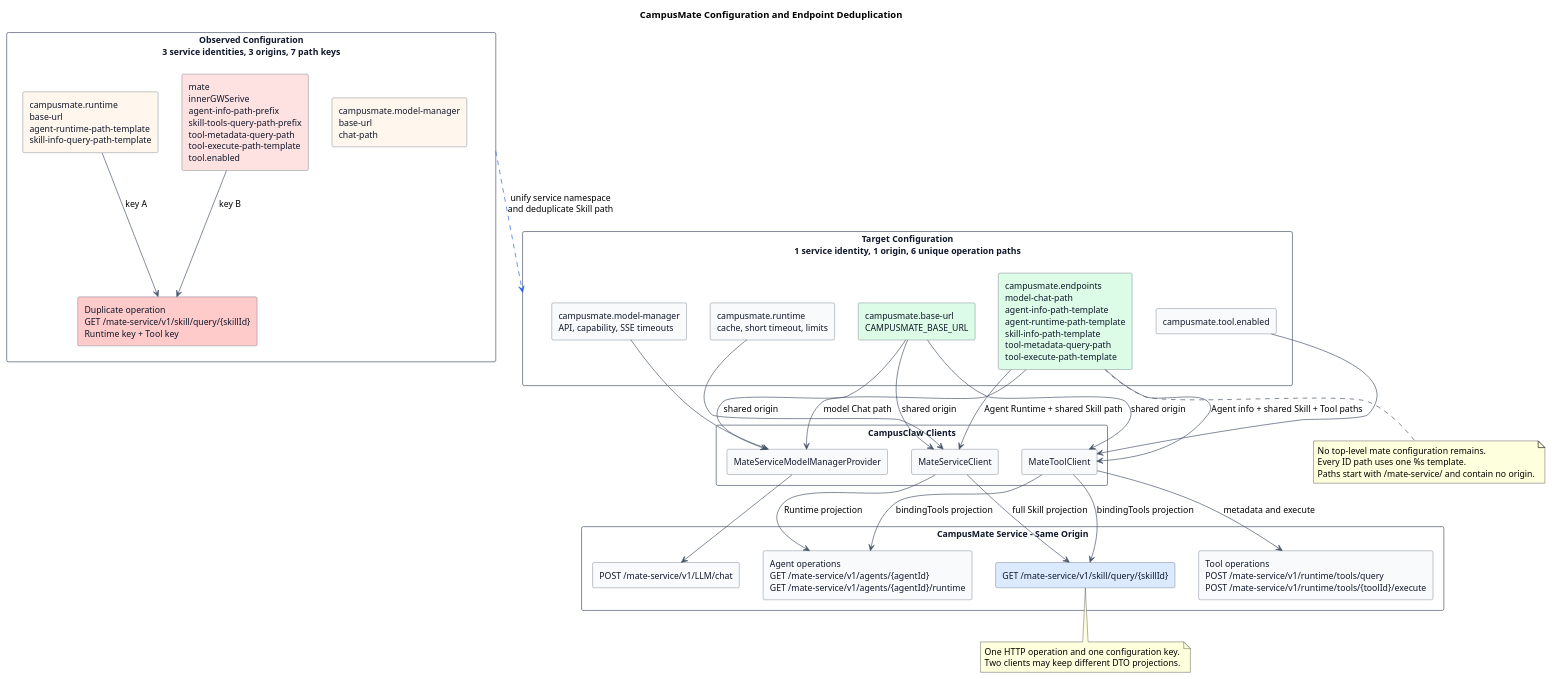
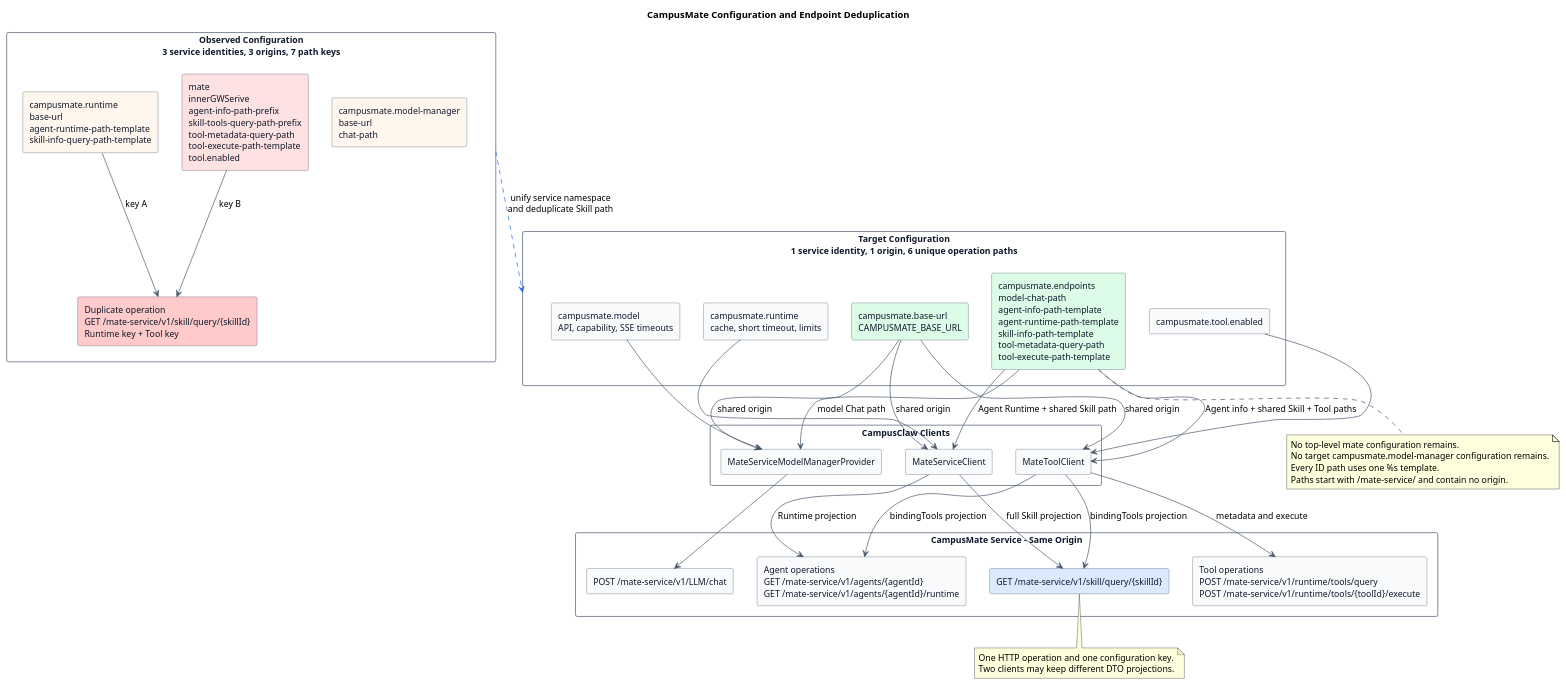
The diagram in campusmate-shared-client-configuration/diagram.puml (ssm0808/pi-mono-java-design), drawn with PlantUML before and after one commit. The commit also changed 8 other files, not shown here.

```diff
--- a/campusmate-shared-client-configuration/diagram.puml
+++ b/campusmate-shared-client-configuration/diagram.puml
@@ -1,97 +1,99 @@
 @startuml campusmate_shared_base_url_configuration
 title CampusMate Configuration and Endpoint Deduplication
 
 ' Source evidence:
 ' pi-mono-java modules/coding-agent-cli/src/main/resources/application.yml:89-140
 ' pi-mono-java modules/ai/src/main/java/com/campusclaw/ai/provider/mate/MateServiceModelManagerProvider.java:68-76 and eventFlux
 ' pi-mono-java modules/coding-agent-cli/src/main/java/com/campusclaw/codingagent/runtime/MateServiceClient.java:43-113 and 184-197
 ' pi-mono-java modules/coding-agent-cli/src/main/java/com/campusclaw/codingagent/config/MateToolAutoConfiguration.java:31-81
 ' pi-mono-java modules/coding-agent-cli/src/main/java/com/campusclaw/codingagent/common/client/HttpMateToolClient.java:41-190 and 299-320
 ' pi-mono-java modules/coding-agent-cli/src/main/java/com/campusclaw/codingagent/common/dto/SkillInfoResult.java:12-20
 ' mate-service src/main/java/com/huawei/hicampus/mate/agentdefinition/controller/AgentDefinitionController.java:38-73
 ' mate-service src/main/java/com/huawei/hicampus/mate/agentdefinition/modelmanager/controller/LlmChatController.java:35-55
 ' Observed behavior: three configuration roots own three origins and seven path keys.
 ' Observed duplication: two keys normalize to GET /mate-service/v1/skill/query/{skillId}.
 ' Product constraint: Mate and CampusMate are one service identity.
 ' Architecture change: one campusmate tree owns one origin and six unique operation paths.
+' Architecture change: target model options move from campusmate.model-manager to campusmate.model.
 ' Security hardening: endpoint paths cannot carry another origin.
 ' Target-only server scope: Skill and Tool controllers were not found in the analyzed mate-service baseline.
 
 skinparam backgroundColor #FFFFFF
 skinparam shadowing false
 skinparam defaultFontName Arial
 skinparam defaultFontSize 13
 skinparam componentStyle rectangle
 skinparam component {
   BackgroundColor #F8FAFC
   BorderColor #475569
   FontColor #0F172A
 }
 skinparam rectangle {
   BackgroundColor #FFFFFF
   BorderColor #475569
   FontColor #0F172A
 }
 skinparam ArrowColor #475569
 
 rectangle "Observed Configuration\n3 service identities, 3 origins, 7 path keys" as Before {
   component "campusmate.model-manager\nbase-url\nchat-path" as OldModel #FFF7ED
   component "campusmate.runtime\nbase-url\nagent-runtime-path-template\nskill-info-query-path-template" as OldRuntime #FFF7ED
   component "mate\ninnerGWSerive\nagent-info-path-prefix\nskill-tools-query-path-prefix\ntool-metadata-query-path\ntool-execute-path-template\ntool.enabled" as OldTool #FEE2E2
   component "Duplicate operation\nGET /mate-service/v1/skill/query/{skillId}\nRuntime key + Tool key" as Duplicate #FECACA
 
   OldRuntime --> Duplicate : key A
   OldTool --> Duplicate : key B
 }
 
 rectangle "Target Configuration\n1 service identity, 1 origin, 6 unique operation paths" as After {
   component "campusmate.base-url\nCAMPUSMATE_BASE_URL" as BaseUrl #DCFCE7
   component "campusmate.endpoints\nmodel-chat-path\nagent-info-path-template\nagent-runtime-path-template\nskill-info-path-template\ntool-metadata-query-path\ntool-execute-path-template" as Endpoints #DCFCE7
-  component "campusmate.model-manager\nAPI, capability, SSE timeouts" as ModelOptions
+  component "campusmate.model\nAPI, capability, SSE timeouts" as ModelOptions
   component "campusmate.runtime\ncache, short timeout, limits" as RuntimeOptions
   component "campusmate.tool.enabled" as ToolOptions
 }
 
 Before -down[#2563EB,dashed]-> After : unify service namespace\nand deduplicate Skill path
 
 rectangle "CampusClaw Clients" {
   component "MateServiceModelManagerProvider" as ModelClient
   component "MateServiceClient" as RuntimeClient
   component "MateToolClient" as ToolClient
 }
 
 rectangle "CampusMate Service - Same Origin" {
   component "POST /mate-service/v1/LLM/chat" as ChatEndpoint
   component "Agent operations\nGET /mate-service/v1/agents/{agentId}\nGET /mate-service/v1/agents/{agentId}/runtime" as AgentEndpoints
   component "GET /mate-service/v1/skill/query/{skillId}" as SkillEndpoint #DBEAFE
   component "Tool operations\nPOST /mate-service/v1/runtime/tools/query\nPOST /mate-service/v1/runtime/tools/{toolId}/execute" as ToolEndpoints
 }
 
 BaseUrl --> ModelClient : shared origin
 BaseUrl --> RuntimeClient : shared origin
 BaseUrl --> ToolClient : shared origin
 Endpoints --> ModelClient : model Chat path
 Endpoints --> RuntimeClient : Agent Runtime + shared Skill path
 Endpoints --> ToolClient : Agent info + shared Skill + Tool paths
 ModelOptions --> ModelClient
 RuntimeOptions --> RuntimeClient
 ToolOptions --> ToolClient
 
 ModelClient --> ChatEndpoint
 RuntimeClient --> AgentEndpoints : Runtime projection
 RuntimeClient --> SkillEndpoint : full Skill projection
 ToolClient --> AgentEndpoints : bindingTools projection
 ToolClient --> SkillEndpoint : bindingTools projection
 ToolClient --> ToolEndpoints : metadata and execute
 
 note bottom of SkillEndpoint
 One HTTP operation and one configuration key.
 Two clients may keep different DTO projections.
 end note
 
 note bottom of Endpoints
 No top-level mate configuration remains.
+No target campusmate.model-manager configuration remains.
 Every ID path uses one %s template.
 Paths start with /mate-service/ and contain no origin.
 end note
 @enduml
```
